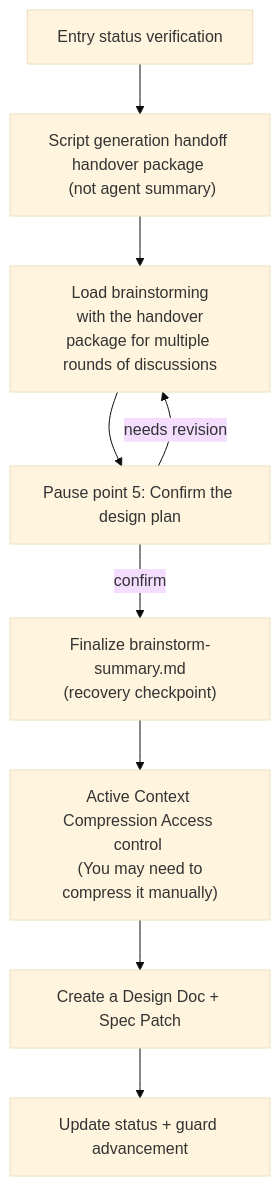
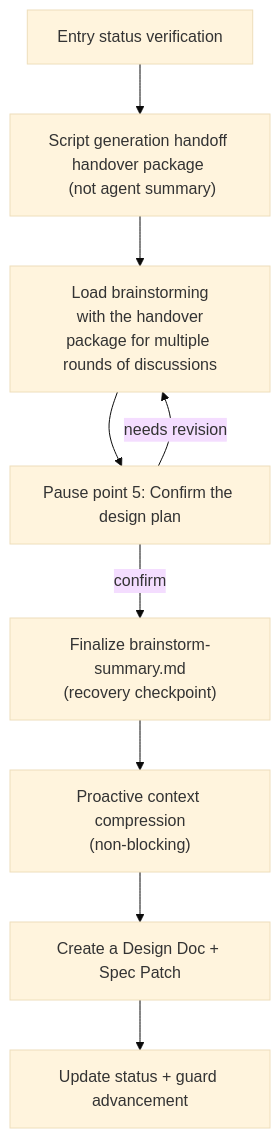
The diagram in en/phases/design.mdx (rpamis/comet-website-docs), drawn with Mermaid (base theme) before and after one commit. The commit also changed other lines of this file and 34 other files, not shown here.

````diff
--- a/en/phases/design.mdx
+++ b/en/phases/design.mdx
@@ -37,11 +37,11 @@
 ```mermaid
 flowchart TD
     Entry["Entry status verification"] --> S1a["Script generation handoff handover package <br/> (not agent summary)"]
     S1a --> S1b["Load brainstorming<br/> with the handover package for multiple rounds of discussions"]
     S1b --> S1c["Pause point 5: Confirm the design plan"]
     S1c -->|needs revision| S1b
     S1c -->|confirm| S1d["Finalize brainstorm-summary.md<br/>(recovery checkpoint)"]
-    S1d --> S1e["Active Context Compression Access control <br/> (You may need to compress it manually)"]
+    S1d --> S1e["Proactive context compression<br/>(non-blocking)"]
     S1e --> S2["Create a Design Doc + Spec Patch"]
     S2 --> S3["Update status + guard advancement"]
 ```
````
